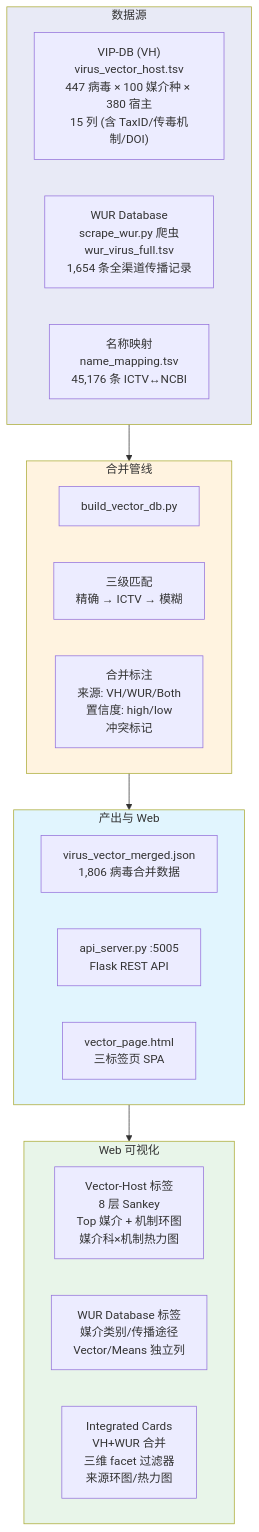
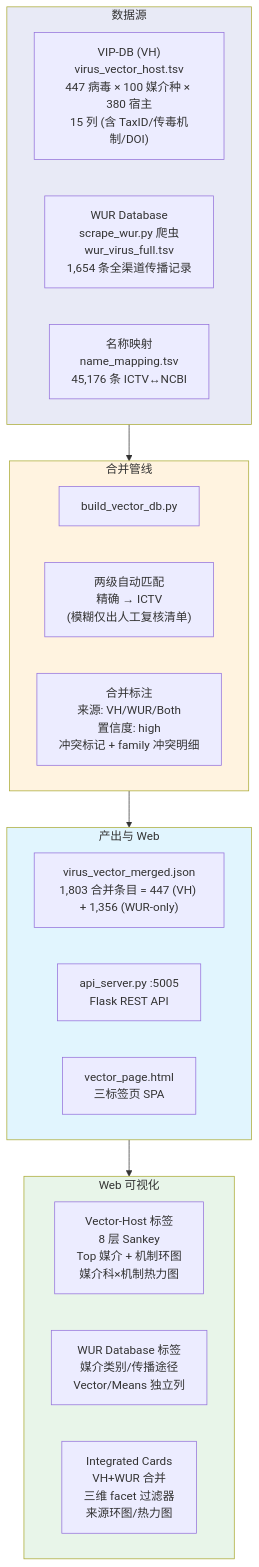
The first of 2 diagrams in 8.plant-insect/README.md (zhangwenda0518/plant_virus_db_pipeline), drawn with Mermaid before and after one commit. The commit also changed other lines of this file and 18 other files, not shown here.

First line of the commit message:
fix(host+insect): 图题造假/口径污染/数字虚高全修（体检 P2）

````diff
--- a/8.plant-insect/README.md
+++ b/8.plant-insect/README.md
@@ -11,36 +11,36 @@
 ```mermaid
 flowchart TB
     subgraph Sources["数据源"]
         VH["VIP-DB (VH)<br/>virus_vector_host.tsv<br/>447 病毒 × 100 媒介种 × 380 宿主<br/>15 列 (含 TaxID/传毒机制/DOI)"]
         WUR["WUR Database<br/>scrape_wur.py 爬虫<br/>wur_virus_full.tsv<br/>1,654 条全渠道传播记录"]
         MAP["名称映射<br/>name_mapping.tsv<br/>45,176 条 ICTV↔NCBI"]
     end
 
     subgraph Pipeline["合并管线"]
         BUILD["build_vector_db.py"]
-        MATCH["三级匹配<br/>精确 → ICTV → 模糊"]
-        MERGE["合并标注<br/>来源: VH/WUR/Both<br/>置信度: high/low<br/>冲突标记"]
+        MATCH["两级自动匹配<br/>精确 → ICTV<br/>(模糊仅出人工复核清单)"]
+        MERGE["合并标注<br/>来源: VH/WUR/Both<br/>置信度: high<br/>冲突标记 + family 冲突明细"]
     end
 
     subgraph Output["产出与 Web"]
-        JSON["virus_vector_merged.json<br/>1,806 病毒合并数据"]
+        JSON["virus_vector_merged.json<br/>1,803 合并条目 = 447 (VH) + 1,356 (WUR-only)"]
         API["api_server.py :5005<br/>Flask REST API"]
         WEB["vector_page.html<br/>三标签页 SPA"]
     end
 
     Sources --> Pipeline
     Pipeline --> Output
 
     subgraph Views["Web 可视化"]
         V1["Vector-Host 标签<br/>8 层 Sankey<br/>Top 媒介 + 机制环图<br/>媒介科×机制热力图"]
         V2["WUR Database 标签<br/>媒介类别/传播途径<br/>Vector/Means 独立列"]
         V3["Integrated Cards<br/>VH+WUR 合并<br/>三维 facet 过滤器<br/>来源环图/热力图"]
     end
 
     Output --> Views
 
     style Sources fill:#e8eaf6
     style Pipeline fill:#fff3e0
     style Output fill:#e1f5fe
     style Views fill:#e8f5e9
 ```
````
